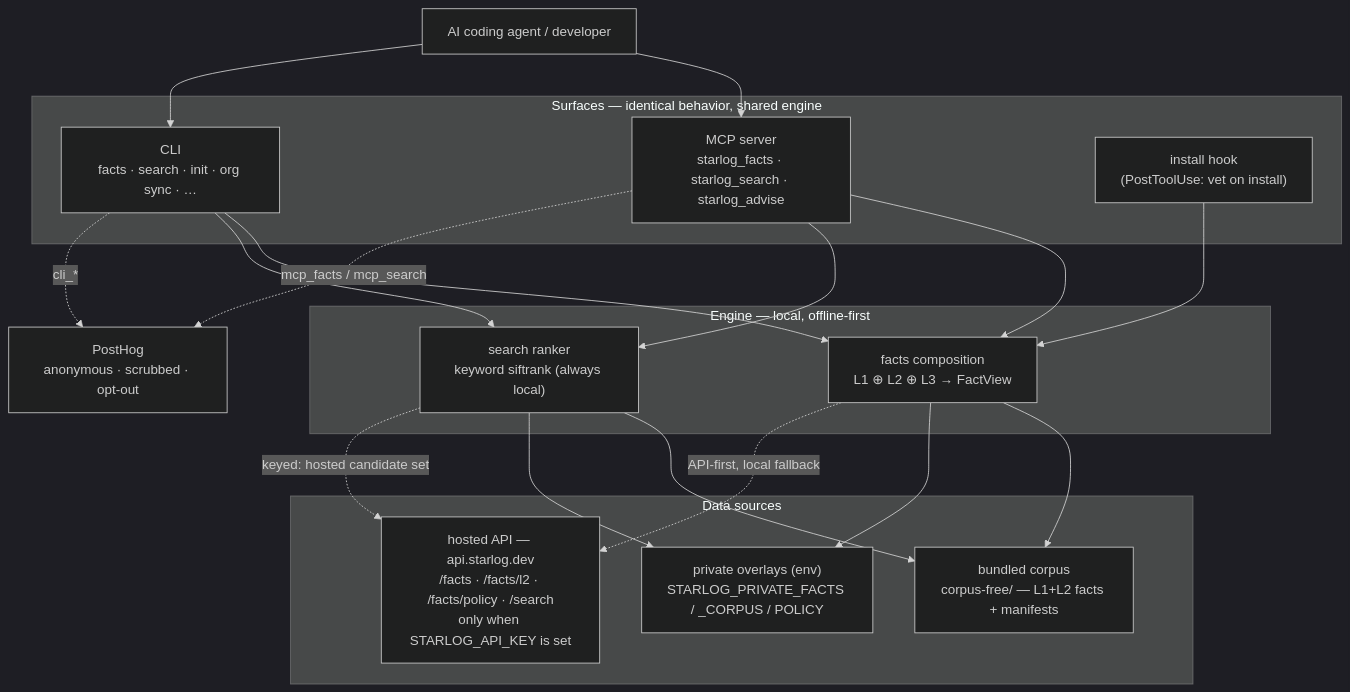
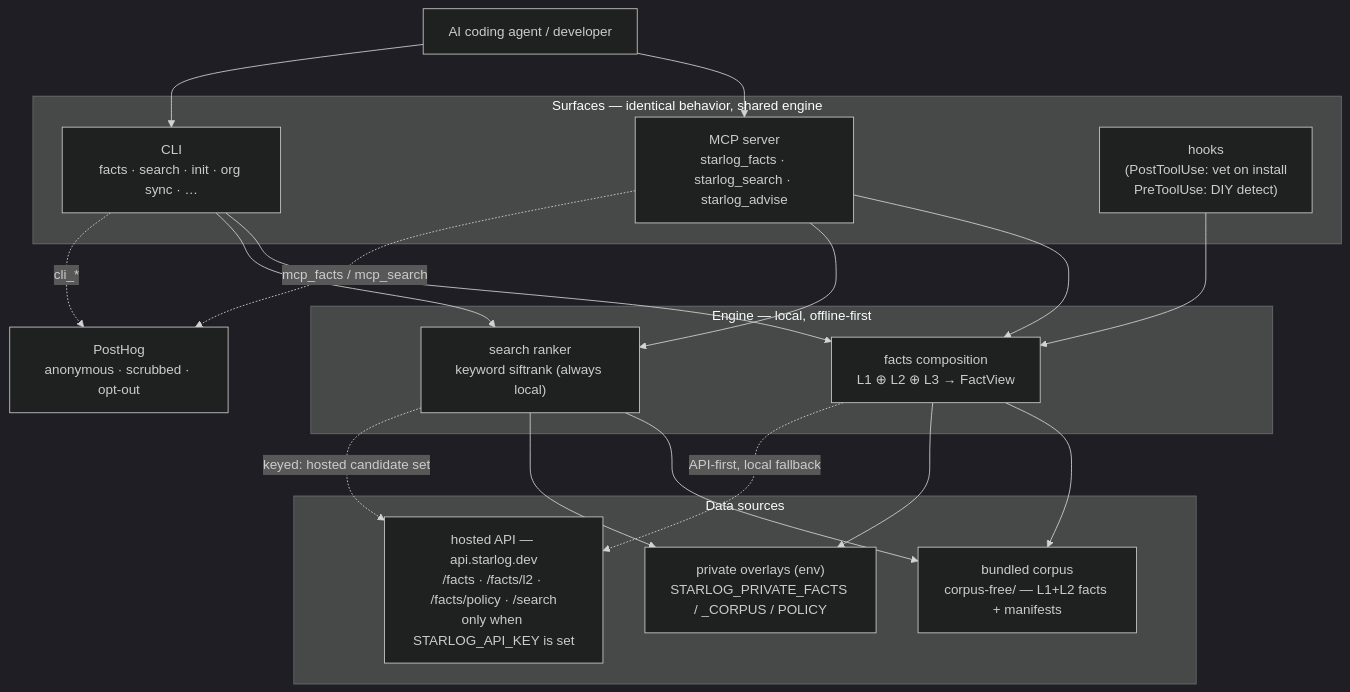
One commit to kavin0x/starloghq-index changed the first of 6 diagrams in docs/ARCHITECTURE.md. Above: the diagram before and after it, drawn with Mermaid (dark theme). The commit also changed other lines of this file and 24 other files, not shown here.

First line of the commit message:
feat(hook): implement proactive DIY detection and install vetting

````diff
--- a/docs/ARCHITECTURE.md
+++ b/docs/ARCHITECTURE.md
@@ -19,41 +19,41 @@
 ```mermaid
 flowchart TB
     agent["AI coding agent / developer"]
 
     subgraph surfaces["Surfaces — identical behavior, shared engine"]
         mcp["MCP server<br/>starlog_facts · starlog_search · starlog_advise"]
         cli["CLI<br/>facts · search · init · org sync · …"]
-        hook["install hook<br/>(PostToolUse: vet on install)"]
+        hook["hooks<br/>(PostToolUse: vet on install<br/>PreToolUse: DIY detect)"]
     end
 
     subgraph engine["Engine — local, offline-first"]
         compose["facts composition<br/>L1 ⊕ L2 ⊕ L3 → FactView"]
         rank["search ranker<br/>keyword siftrank (always local)"]
     end
 
     subgraph data["Data sources"]
         local["bundled corpus<br/>corpus-free/ — L1+L2 facts + manifests"]
         priv["private overlays (env)<br/>STARLOG_PRIVATE_FACTS / _CORPUS / POLICY"]
         api["hosted API — api.starlog.dev<br/>/facts · /facts/l2 · /facts/policy · /search<br/>only when STARLOG_API_KEY is set"]
     end
 
     posthog["PostHog<br/>anonymous · scrubbed · opt-out"]
 
     agent --> mcp
     agent --> cli
     mcp --> compose
     mcp --> rank
     cli --> compose
     cli --> rank
     hook --> compose
 
     compose --> local
     compose --> priv
     compose -. "API-first, local fallback" .-> api
     rank --> local
     rank --> priv
     rank -. "keyed: hosted candidate set" .-> api
 
     mcp -. "mcp_facts / mcp_search" .-> posthog
     cli -. "cli_*" .-> posthog
 ```
````
